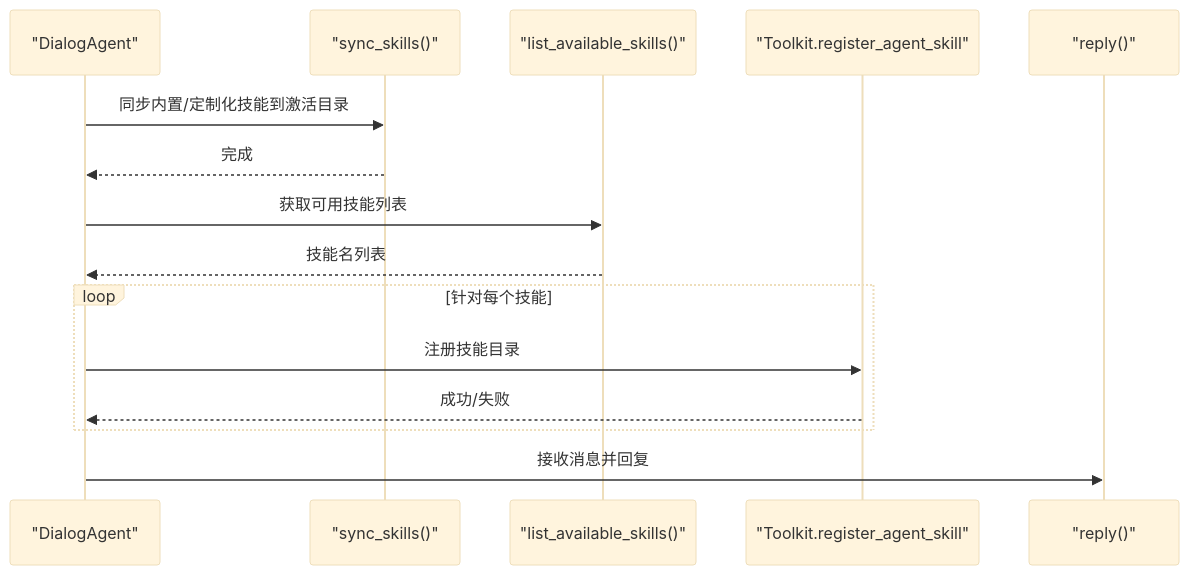
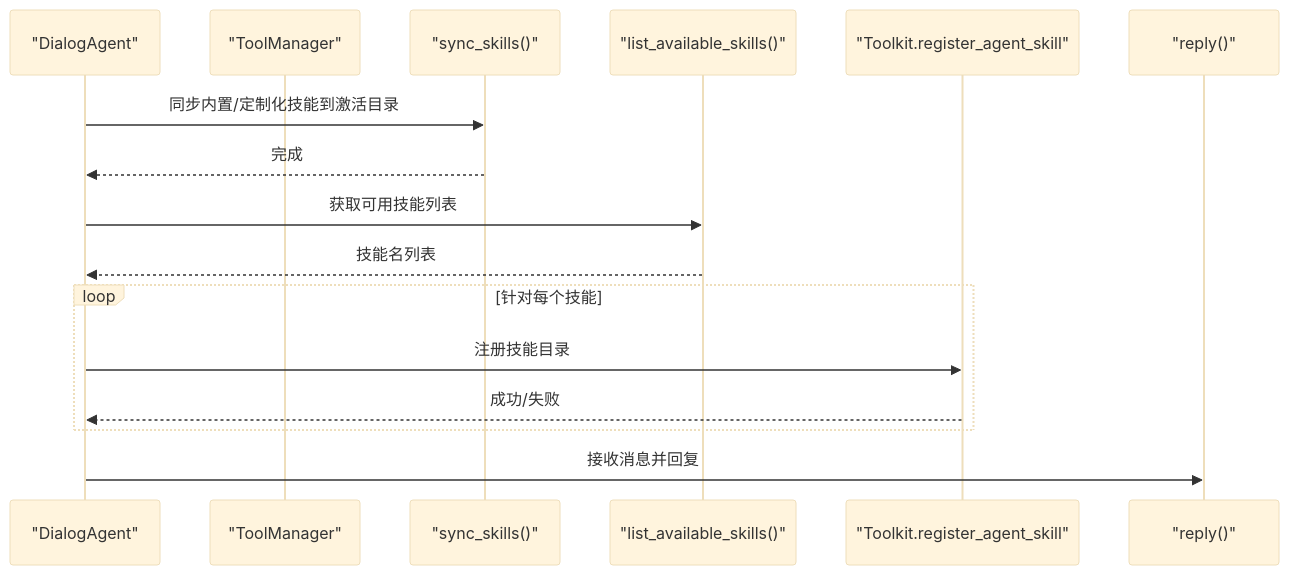
The sixth of 9 diagrams in .qoder/repowiki/zh/content/后端服务架构/业务服务层/智能体执行服务/技能工具系统.md (KunLabAI/KunFlix), drawn with Mermaid (base theme) before and after one commit. The commit also changed other lines of this file and 15 other files, not shown here.

First line of the commit message:
feat(tool-manager): 重构技能工具系统引入统一工具管理器架构

````diff
--- a/.qoder/repowiki/zh/content/后端服务架构/业务服务层/智能体执行服务/技能工具系统.md
+++ b/.qoder/repowiki/zh/content/后端服务架构/业务服务层/智能体执行服务/技能工具系统.md
@@ -242,17 +342,18 @@
 ```mermaid
 sequenceDiagram
 participant Agent as "DialogAgent"
+participant Manager as "ToolManager"
 participant Sync as "sync_skills()"
 participant List as "list_available_skills()"
 participant Reg as "Toolkit.register_agent_skill"
 participant Reply as "reply()"
 Agent->>Sync : 同步内置/定制化技能到激活目录
 Sync-->>Agent : 完成
 Agent->>List : 获取可用技能列表
 List-->>Agent : 技能名列表
 loop 针对每个技能
 Agent->>Reg : 注册技能目录
 Reg-->>Agent : 成功/失败
 end
 Agent->>Reply : 接收消息并回复
 ```
````
